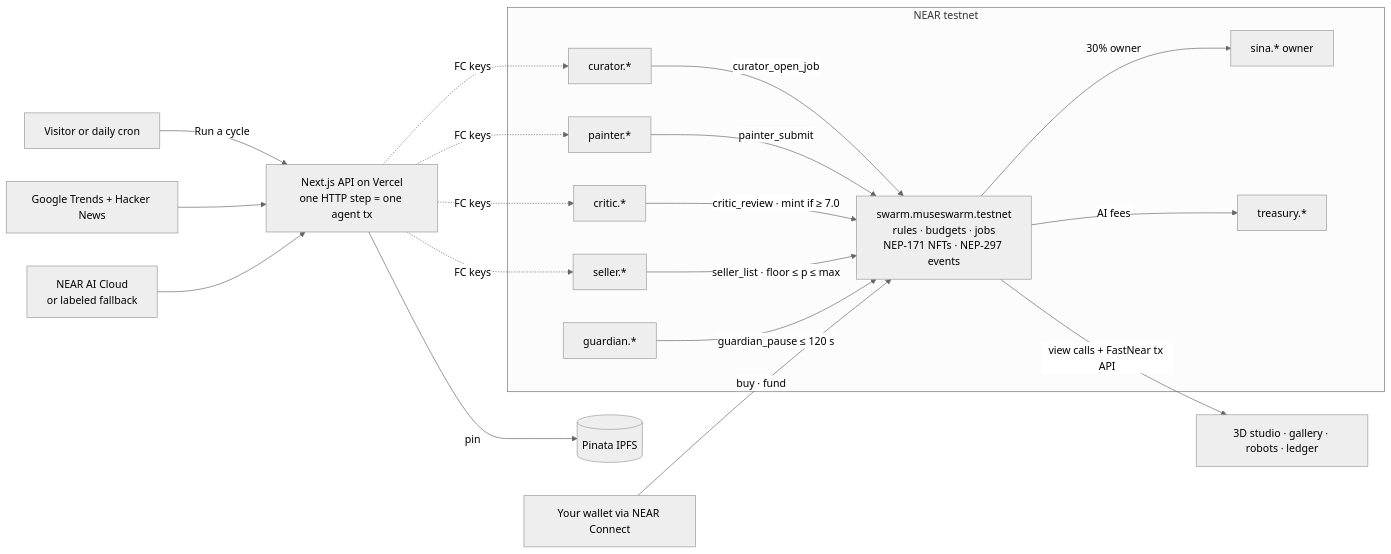
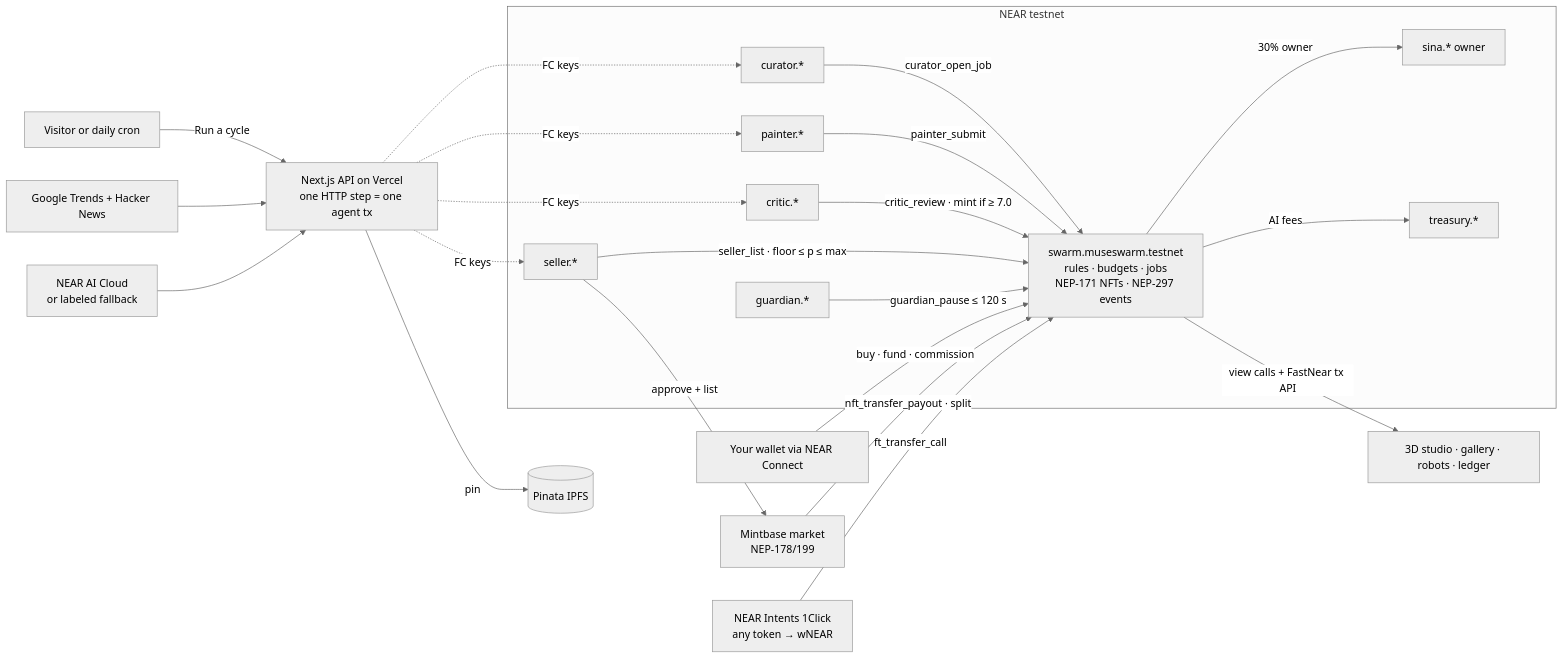
Before and after one commit to sinajalilian01-x1/muse-swarm: the diagram in README.md, drawn with Mermaid (neutral theme). The commit also changed other lines of this file and 8 other files, not shown here.

Commit message:
NEAR AI Cloud: Seller pricing, thinking off for Qwen text, commission-faithful briefs, visible 'NEAR AI Cloud' labels; docs + mainnet plan

````diff
--- a/README.md
+++ b/README.md
@@ -37,20 +43,23 @@
 ```mermaid
 flowchart LR
   V[Visitor or daily cron] -->|Run a cycle| API[Next.js API on Vercel<br/>one HTTP step = one agent tx]
   T[Google Trends + Hacker News] --> API
   AI[NEAR AI Cloud<br/>or labeled fallback] --> API
   API -->|pin| IPFS[(Pinata IPFS)]
   subgraph NEAR testnet
     C[swarm.museswarm.testnet<br/>rules · budgets · jobs<br/>NEP-171 NFTs · NEP-297 events]
     CU[curator.*] -->|curator_open_job| C
     PA[painter.*] -->|painter_submit| C
     CR[critic.*] -->|critic_review · mint if ≥ 7.0| C
     SE[seller.*] -->|seller_list · floor ≤ p ≤ max| C
     G[guardian.*] -->|guardian_pause ≤ 120 s| C
     C -->|30% owner| O[sina.* owner]
     C -->|AI fees| TR[treasury.*]
   end
   API -. FC keys .-> CU & PA & CR & SE
-  W[Your wallet via NEAR Connect] -->|buy · fund| C
+  W[Your wallet via NEAR Connect] -->|buy · fund · commission| C
+  SE -->|approve + list| MB[Mintbase market<br/>NEP-178/199]
+  MB -->|nft_transfer_payout · split| C
+  I[NEAR Intents 1Click<br/>any token → wNEAR] -->|ft_transfer_call| C
   C -->|view calls + FastNear tx API| UI[3D studio · gallery · robots · ledger]
 ```
````
